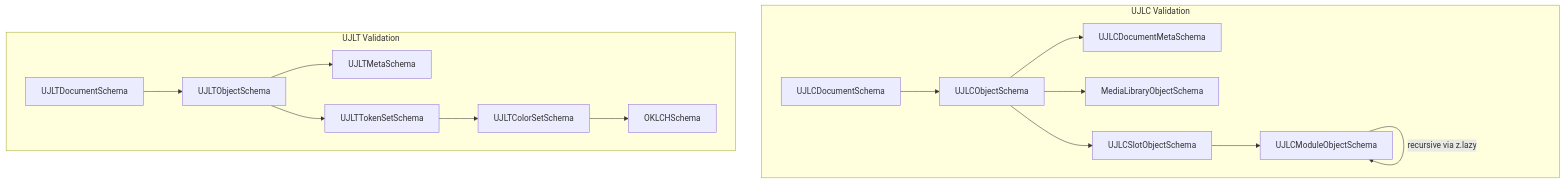
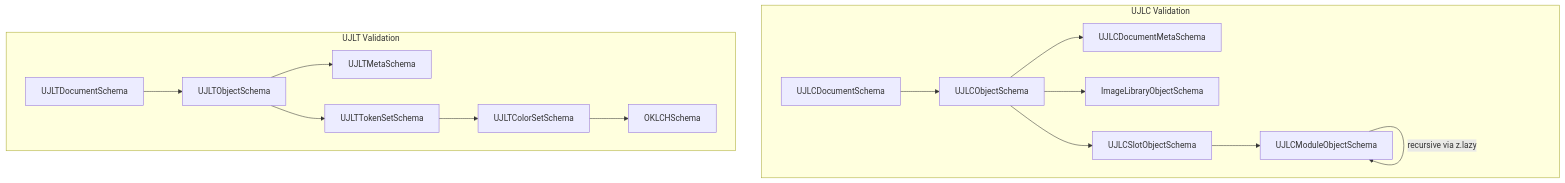
One commit to mainzcript/ujl changed the tenth of 12 diagrams in apps/docs/src/arc42/06-runtime-view.md. Above: the diagram before and after it, drawn with Mermaid. The commit also changed other lines of this file and 11 other files, not shown here.

Commit message:
refactor: rename media terminology to image across documentation and update related configurations

````diff
--- a/apps/docs/src/arc42/06-runtime-view.md
+++ b/apps/docs/src/arc42/06-runtime-view.md
@@ -708,33 +719,33 @@
 ```mermaid
 graph TD
     subgraph "UJLC Validation"
         UJLCDoc[UJLCDocumentSchema]
         UJLCObj[UJLCObjectSchema]
         UJLCMeta[UJLCDocumentMetaSchema]
-        UJLCMedia[MediaLibraryObjectSchema]
+        UJLCImages[ImageLibraryObjectSchema]
         UJLCSlot[UJLCSlotObjectSchema]
         UJLCModule[UJLCModuleObjectSchema]
 
         UJLCDoc --> UJLCObj
         UJLCObj --> UJLCMeta
-        UJLCObj --> UJLCMedia
+        UJLCObj --> UJLCImages
         UJLCObj --> UJLCSlot
         UJLCSlot --> UJLCModule
         UJLCModule -->|recursive via z.lazy| UJLCModule
     end
 
     subgraph "UJLT Validation"
         UJLTDoc[UJLTDocumentSchema]
         UJLTObj[UJLTObjectSchema]
         UJLTMeta[UJLTMetaSchema]
         UJLTTokens[UJLTTokenSetSchema]
         UJLTColor[UJLTColorSetSchema]
         OKLCH[OKLCHSchema]
 
         UJLTDoc --> UJLTObj
         UJLTObj --> UJLTMeta
         UJLTObj --> UJLTTokens
         UJLTTokens --> UJLTColor
         UJLTColor --> OKLCH
     end
 ```
````
